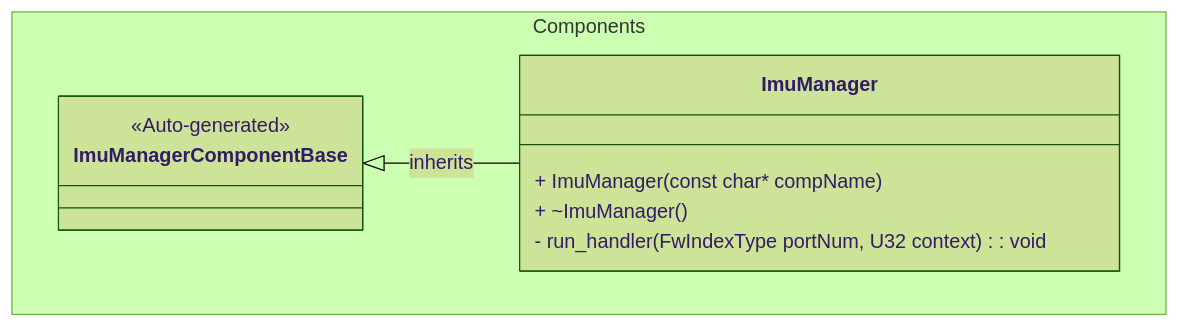
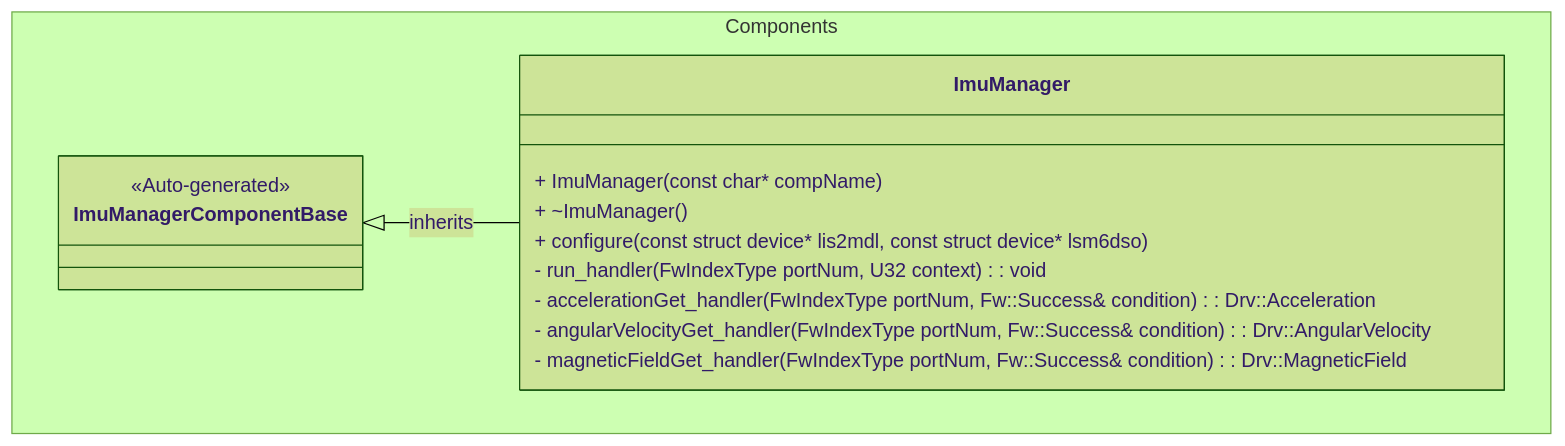
The diagram in FprimeZephyrReference/Components/ImuManager/docs/sdd.md (Open-Source-Space-Foundation/proves-core-reference), drawn with Mermaid (forest theme) before and after one commit. The commit also changed other lines of this file, not shown here.

````diff
--- a/FprimeZephyrReference/Components/ImuManager/docs/sdd.md
+++ b/FprimeZephyrReference/Components/ImuManager/docs/sdd.md
@@ -19,14 +21,18 @@
 ```mermaid
 classDiagram
     namespace Components {
         class ImuManagerComponentBase {
             <<Auto-generated>>
         }
         class ImuManager {
             + ImuManager(const char* compName)
             + ~ImuManager()
+            + configure(const struct device* lis2mdl, const struct device* lsm6dso)
             - run_handler(FwIndexType portNum, U32 context): void
+            - accelerationGet_handler(FwIndexType portNum, Fw::Success& condition): Drv::Acceleration
+            - angularVelocityGet_handler(FwIndexType portNum, Fw::Success& condition): Drv::AngularVelocity
+            - magneticFieldGet_handler(FwIndexType portNum, Fw::Success& condition): Drv::MagneticField
         }
     }
     ImuManagerComponentBase <|-- ImuManager : inherits
 ```
````
